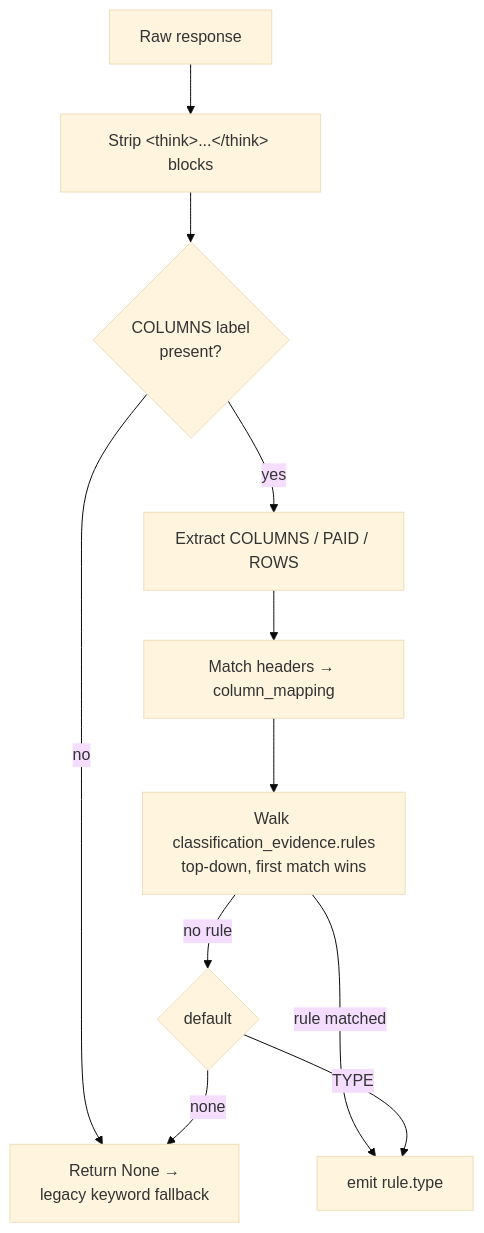
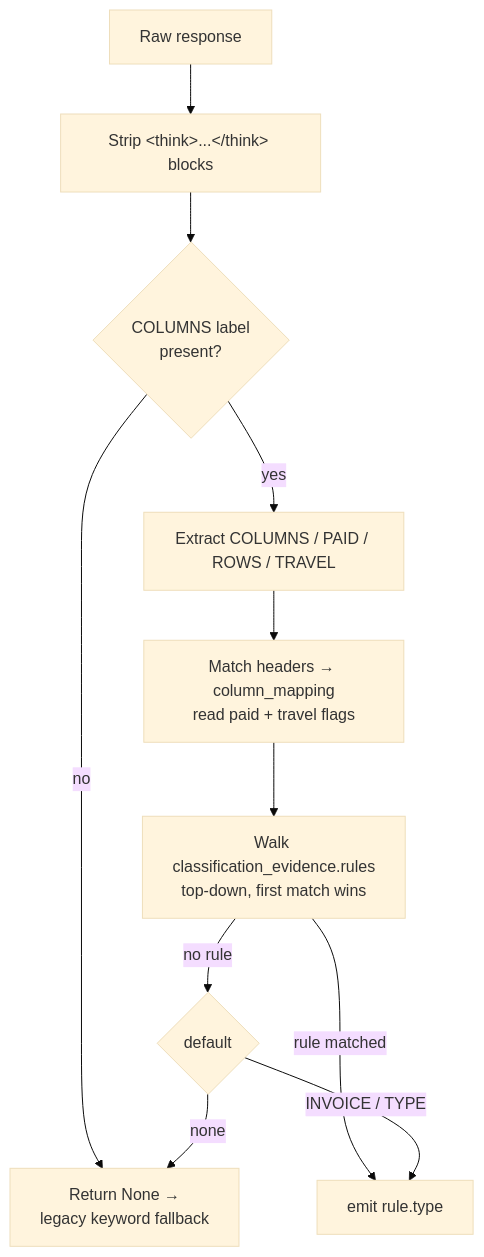
The second of 3 diagrams in docs/document_classification.md (tmnestor/LMM_POC), drawn with Mermaid (base theme) before and after one commit. The commit also changed other lines of this file, not shown here.

Commit message:
📝 docs: update document_classification for TRAVEL + boolean evidence

````diff
--- a/docs/document_classification.md
+++ b/docs/document_classification.md
@@ -117,13 +146,13 @@
 ```mermaid
 flowchart TD
     R[Raw response] --> S[Strip &lt;think&gt;...&lt;/think&gt; blocks]
     S --> T{COLUMNS label<br/>present?}
     T -->|no| L[Return None →<br/>legacy keyword fallback]
-    T -->|yes| U[Extract COLUMNS / PAID / ROWS]
-    U --> V[Match headers → column_mapping]
+    T -->|yes| U[Extract COLUMNS / PAID / ROWS / TRAVEL]
+    U --> V[Match headers → column_mapping<br/>read paid + travel flags]
     V --> W[Walk classification_evidence.rules<br/>top-down, first match wins]
     W -->|rule matched| TYPE[emit rule.type]
     W -->|no rule| D{default}
     D -->|none| L
-    D -->|TYPE| TYPE
+    D -->|INVOICE / TYPE| TYPE
 ```
````
